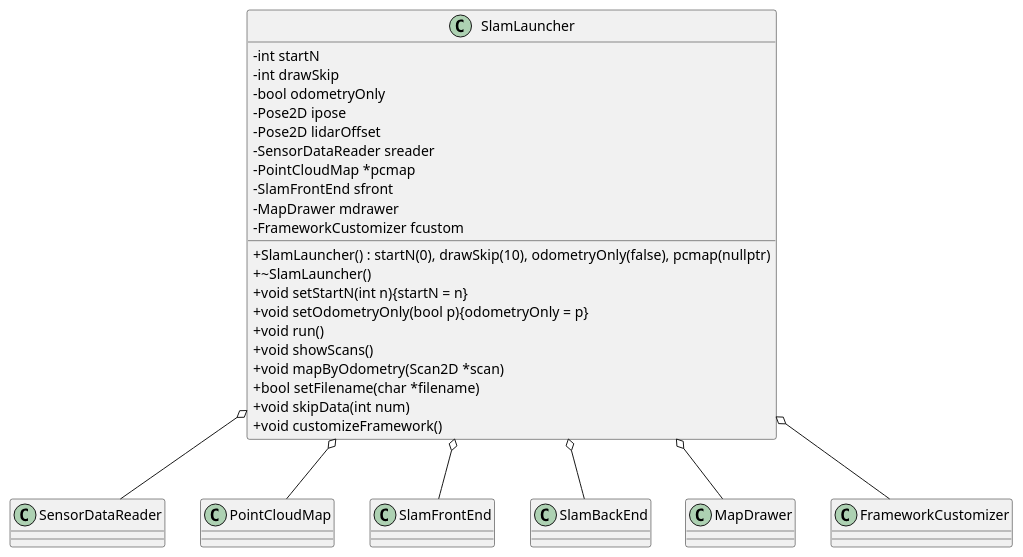
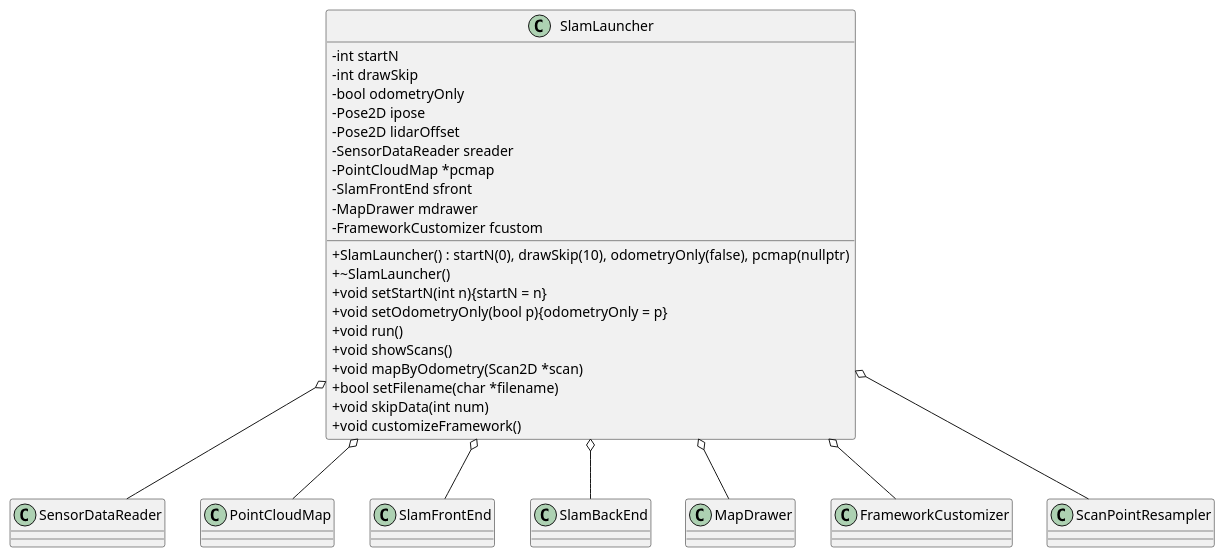
The diagram in PlantUML/SlamLauncher/SlamLauncher_Class.puml (ShisatoYano/SLAMDesignUML), drawn with PlantUML before and after one commit. The commit also changed 6 other files, not shown here.

Commit message:
add SlamLauncher activities.

```diff
--- a/PlantUML/SlamLauncher/SlamLauncher_Class.puml
+++ b/PlantUML/SlamLauncher/SlamLauncher_Class.puml
@@ -1,36 +1,37 @@
 @startuml
 
 skinparam classAttributeIconSize 0
 
 class SlamLauncher
 {
     - int startN
     - int drawSkip
     - bool odometryOnly
     - Pose2D ipose
     - Pose2D lidarOffset
     - SensorDataReader sreader
     - PointCloudMap *pcmap
     - SlamFrontEnd sfront
     - MapDrawer mdrawer
     - FrameworkCustomizer fcustom
     + SlamLauncher() : startN(0), drawSkip(10), odometryOnly(false), pcmap(nullptr)
     + ~SlamLauncher()
     + void setStartN(int n){startN = n}
     + void setOdometryOnly(bool p){odometryOnly = p}
     + void run()
     + void showScans()
     + void mapByOdometry(Scan2D *scan)
     + bool setFilename(char *filename)
     + void skipData(int num)
     + void customizeFramework()
 }
 
 SlamLauncher o-- SensorDataReader
 SlamLauncher o-- PointCloudMap
 SlamLauncher o-- SlamFrontEnd
 SlamLauncher o-- SlamBackEnd
 SlamLauncher o-- MapDrawer
 SlamLauncher o-- FrameworkCustomizer
+SlamLauncher o-- ScanPointResampler
 
 @enduml
```
